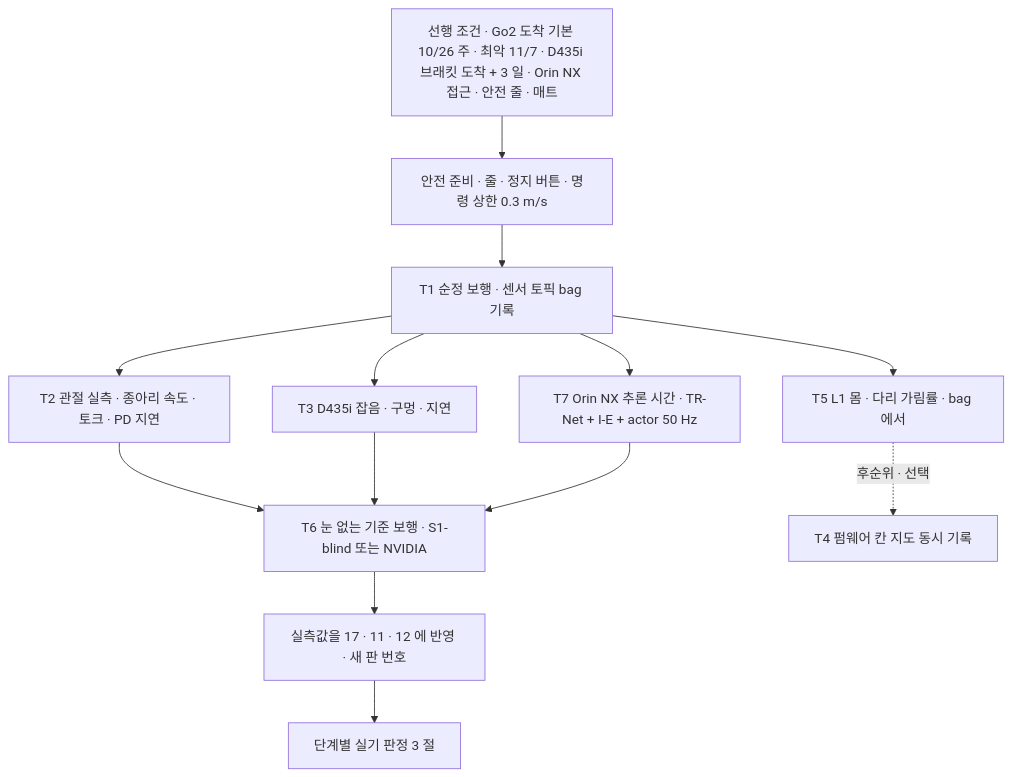
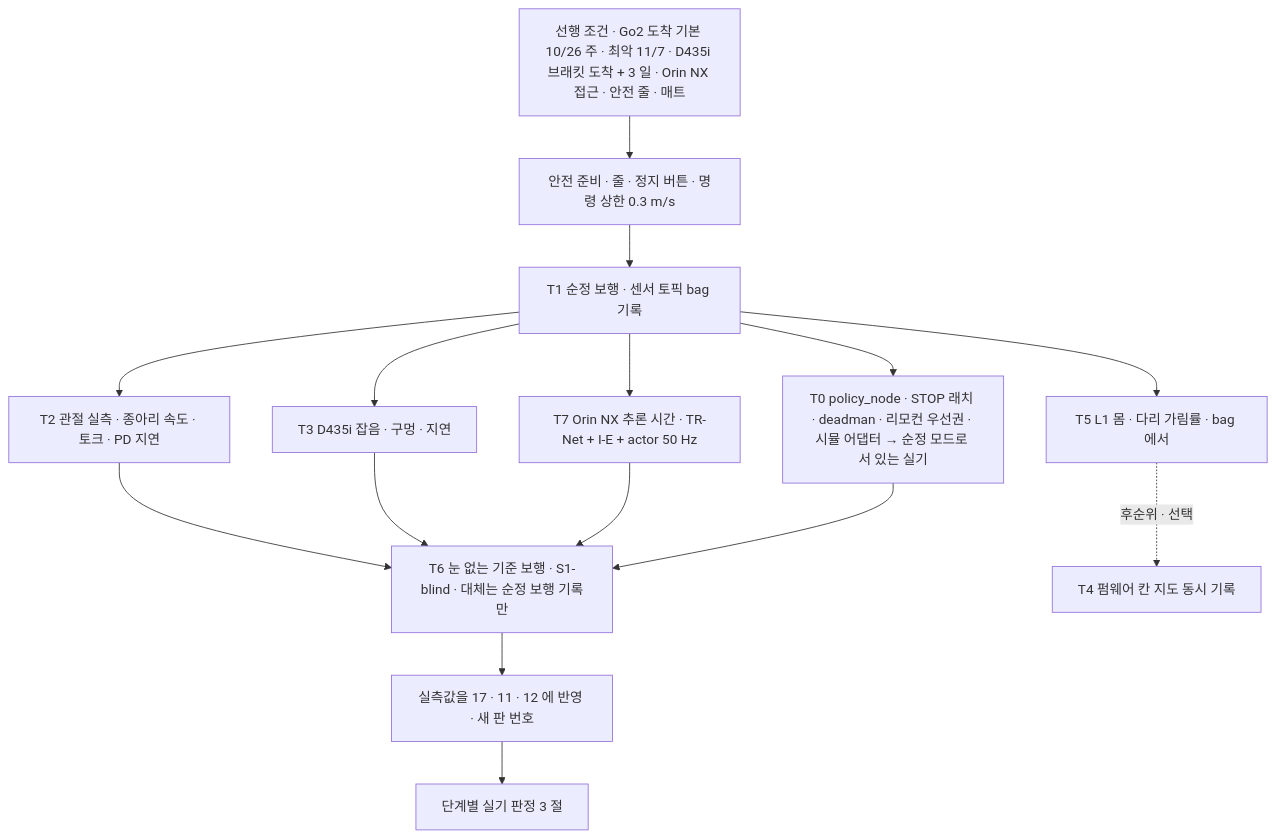
One commit to foothold-project/foothold-lab changed the diagram in inbox/jay/20261019-design/42-REAL-ROBOT.md. Above: the diagram before and after it, drawn with Mermaid. The commit also changed other lines of this file and 23 other files, not shown here.

````diff
--- a/inbox/jay/20261019-design/42-REAL-ROBOT.md
+++ b/inbox/jay/20261019-design/42-REAL-ROBOT.md
@@ -15,15 +15,17 @@
 ```mermaid
 flowchart TB
   P[선행 조건 · Go2 도착 기본 10/26 주 · 최악 11/7 · D435i 브래킷 도착 + 3 일 · Orin NX 접근 · 안전 줄 · 매트] --> A[안전 준비 · 줄 · 정지 버튼 · 명령 상한 0.3 m/s]
   A --> B[T1 순정 보행 · 센서 토픽 bag 기록]
   B --> C[T2 관절 실측 · 종아리 속도 · 토크 · PD 지연]
   B --> D[T3 D435i 잡음 · 구멍 · 지연]
   B --> E[T5 L1 몸 · 다리 가림률 · bag 에서]
   B --> T7[T7 Orin NX 추론 시간 · TR-Net + I-E + actor 50 Hz]
-  C --> G[T6 눈 없는 기준 보행 · S1-blind 또는 NVIDIA]
+  B --> T0[T0 policy_node · STOP 래치 · deadman · 리모컨 우선권 · 시뮬 어댑터 → 순정 모드로 서 있는 실기]
+  C --> G[T6 눈 없는 기준 보행 · S1-blind · 대체는 순정 보행 기록만]
   D --> G
   T7 --> G
+  T0 --> G
   G --> H[실측값을 17 · 11 · 12 에 반영 · 새 판 번호]
   H --> S[단계별 실기 판정 3 절]
   E -.후순위 · 선택.-> T4[T4 펌웨어 칸 지도 동시 기록]
 ```
````
